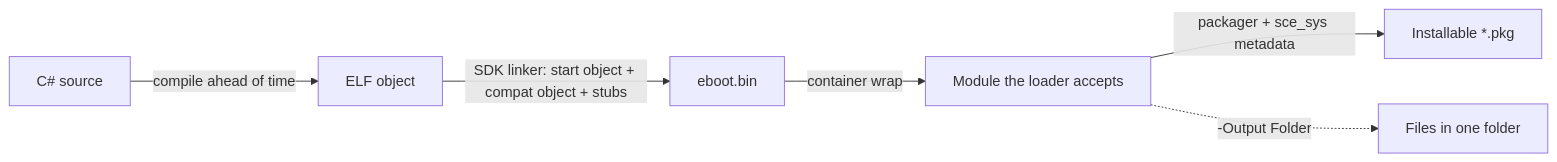
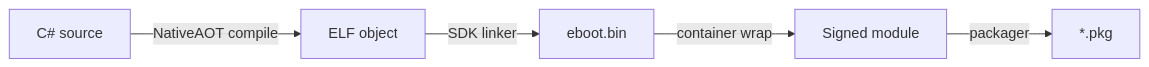
Before and after one commit to Gudui/SharpProspero: the first of 2 diagrams in README.md, drawn with Mermaid. The commit also changed other lines of this file, not shown here.

````diff
--- a/README.md
+++ b/README.md
@@ -68,8 +14,7 @@
 ```mermaid
 flowchart LR
-  A[C# source] -->|compile ahead of time| B[ELF object]
-  B -->|SDK linker: start object + compat object + stubs| C[eboot.bin]
-  C -->|container wrap| W[Module the loader accepts]
-  W -->|packager + sce_sys metadata| D[Installable *.pkg]
-  W -.->|-Output Folder| E[Files in one folder]
+  A[C# source] -->|NativeAOT compile| B[ELF object]
+  B -->|SDK linker| C[eboot.bin]
+  C -->|container wrap| W[Signed module]
+  W -->|packager| D[*.pkg]
 ```
````
